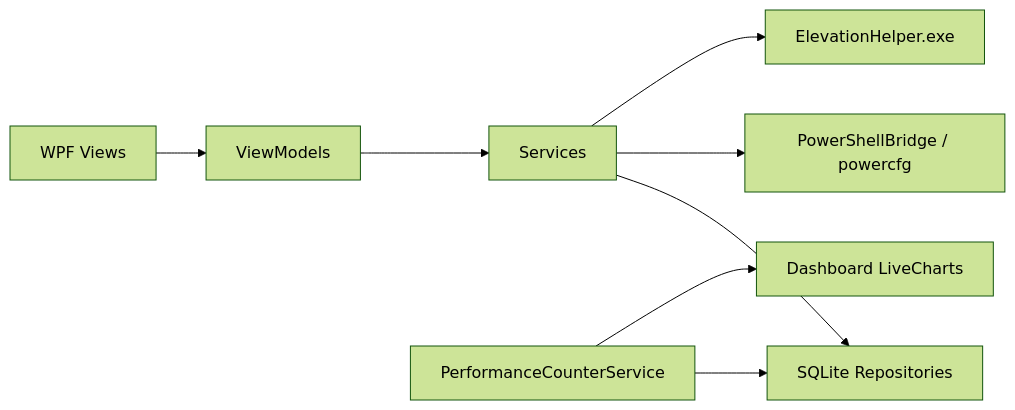
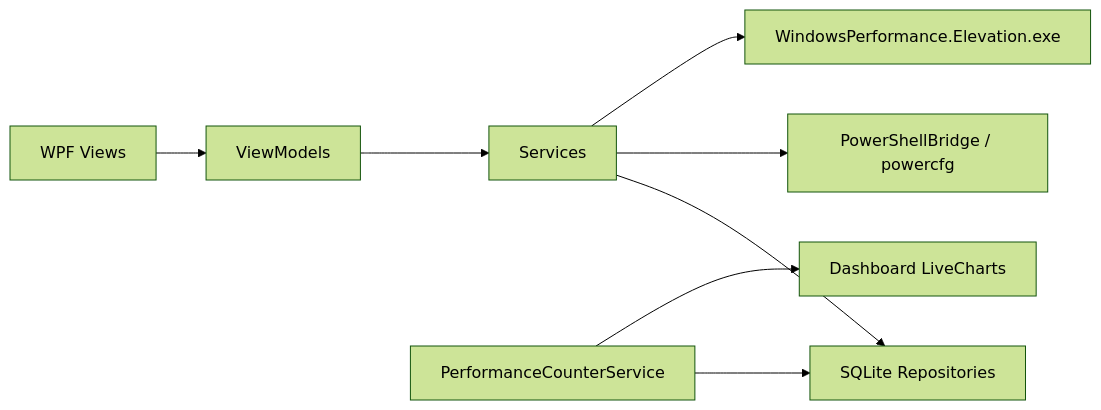
One commit to HorosCloudOfficial/HorosPulse changed the first of 2 diagrams in docs/architecture.md. Above: the diagram before and after it, drawn with Mermaid (forest theme). The commit also changed other lines of this file and 15 other files, not shown here.

First line of the commit message:
Align docs with WindowsPerformance.Elevation.exe; ignore local SCRIPTS vaults.

````diff
--- a/docs/architecture.md
+++ b/docs/architecture.md
@@ -21,10 +21,10 @@
 ```mermaid
 flowchart LR
     UI[WPF Views] --> VM[ViewModels]
     VM --> SVC[Services]
     SVC --> DATA[SQLite Repositories]
     SVC --> PS[PowerShellBridge / powercfg]
-    SVC --> EL[ElevationHelper.exe]
+    SVC --> EL[WindowsPerformance.Elevation.exe]
     METRICS[PerformanceCounterService] --> DATA
     METRICS --> DASH[Dashboard LiveCharts]
 ```
````
